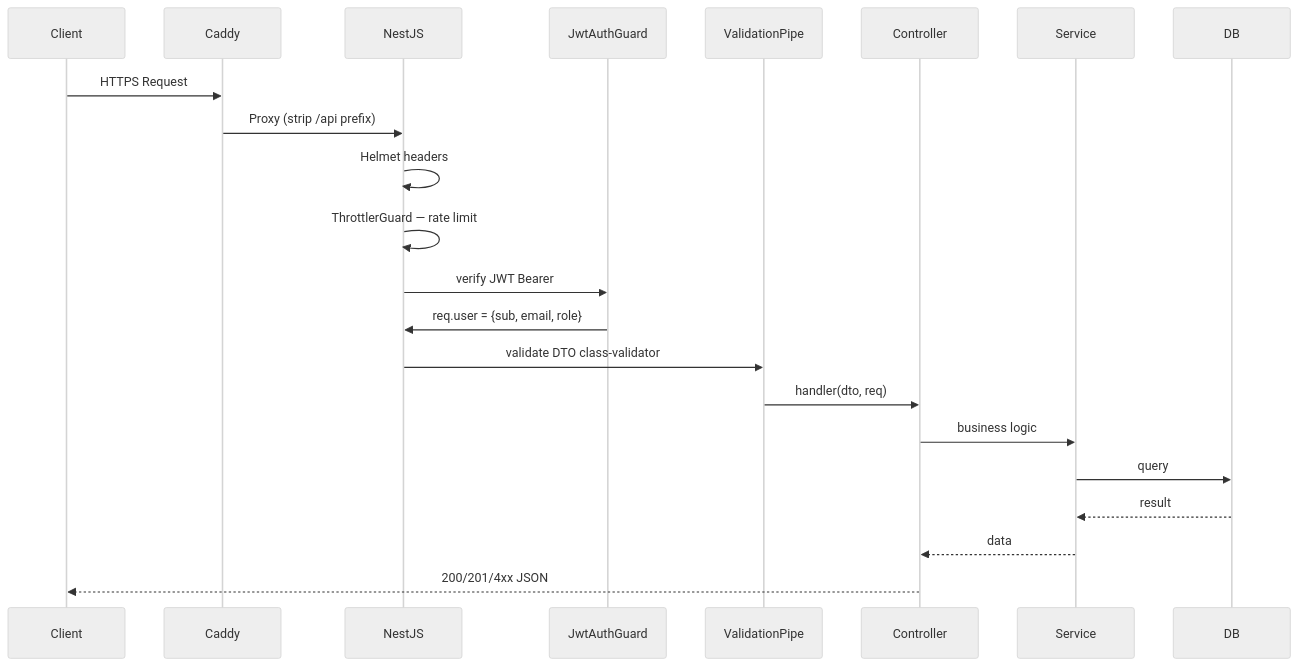
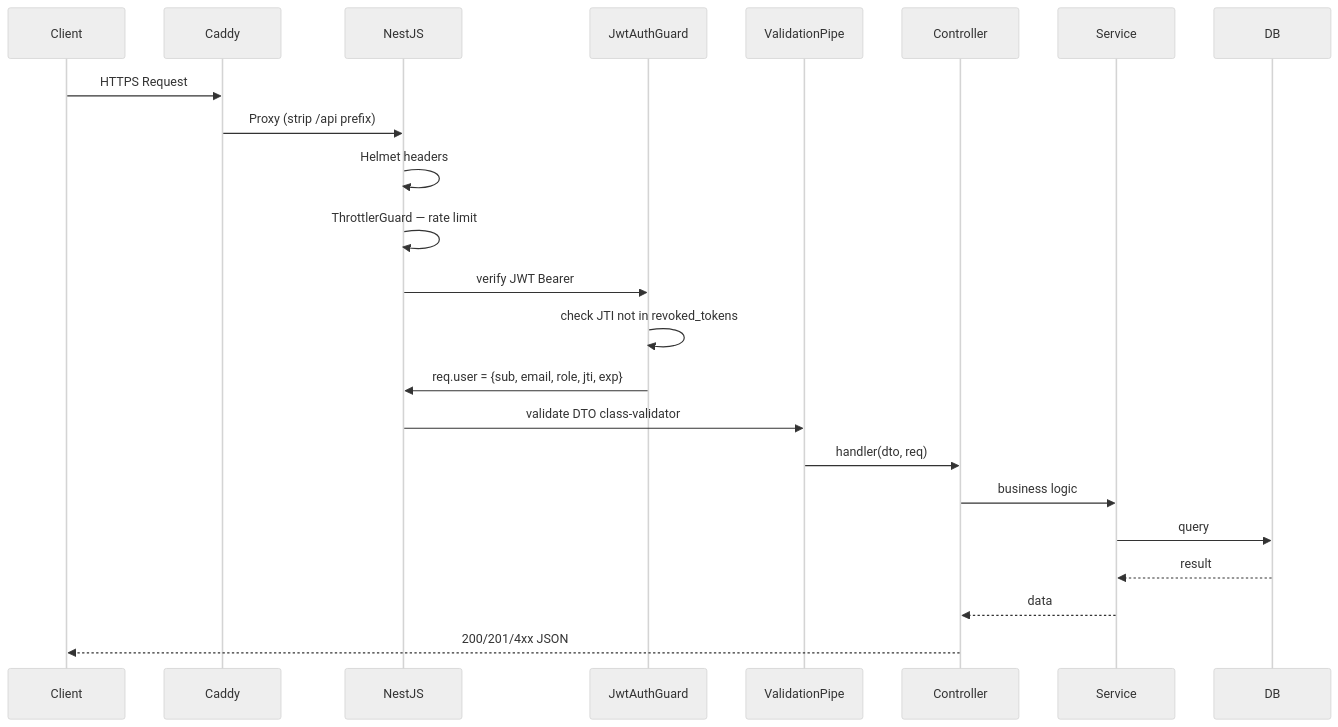
Before and after one commit to creibaud/QuartierConnect: diagram 16 of 16 in docs/ARCHITECTURE.md, drawn with Mermaid (neutral theme). The commit also changed other lines of this file and 28 other files, not shown here.

````diff
--- a/docs/ARCHITECTURE.md
+++ b/docs/ARCHITECTURE.md
@@ -547,25 +538,26 @@
 ```mermaid
 sequenceDiagram
     participant Client
     participant Caddy
     participant NestJS
     participant Guard as JwtAuthGuard
     participant Pipe as ValidationPipe
     participant Controller
     participant Service
     participant DB
 
     Client->>Caddy: HTTPS Request
     Caddy->>NestJS: Proxy (strip /api prefix)
     NestJS->>NestJS: Helmet headers
     NestJS->>NestJS: ThrottlerGuard — rate limit
     NestJS->>Guard: verify JWT Bearer
-    Guard->>NestJS: req.user = {sub, email, role}
+    Guard->>Guard: check JTI not in revoked_tokens
+    Guard->>NestJS: req.user = {sub, email, role, jti, exp}
     NestJS->>Pipe: validate DTO class-validator
     Pipe->>Controller: handler(dto, req)
     Controller->>Service: business logic
     Service->>DB: query
     DB-->>Service: result
     Service-->>Controller: data
     Controller-->>Client: 200/201/4xx JSON
 ```
````
